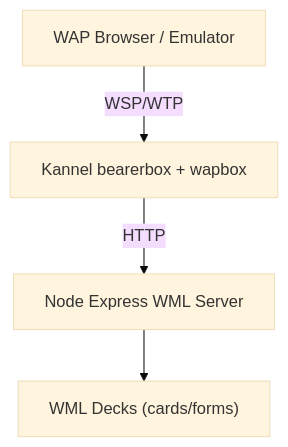
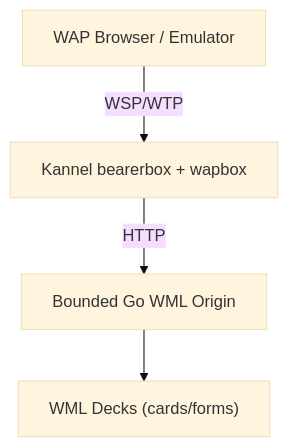
One commit to dills122/wap-labs changed the diagram in docs/wap-test-environment/README.md. Above: the diagram before and after it, drawn with Mermaid (base theme). The commit also changed other lines of this file and 39 other files, not shown here.

First line of the commit message:
feat(lab): replace WML origin with bounded Go service (#427)

````diff
--- a/docs/wap-test-environment/README.md
+++ b/docs/wap-test-environment/README.md
@@ -17,6 +17,6 @@
 ```mermaid
 flowchart TD
     A["WAP Browser / Emulator"] -->|"WSP/WTP"| B["Kannel bearerbox + wapbox"]
-    B -->|"HTTP"| C["Node Express WML Server"]
+    B -->|"HTTP"| C["Bounded Go WML Origin"]
     C --> D["WML Decks (cards/forms)"]
 ```
````
